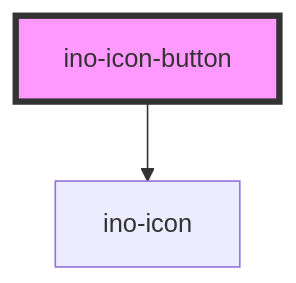
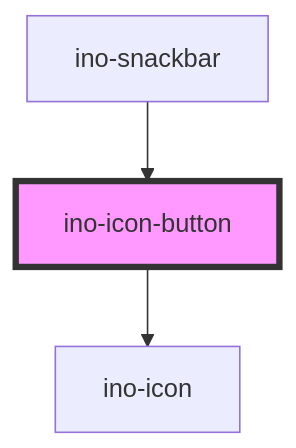
The diagram in packages/elements/src/components/ino-icon-button/readme.md (inovex/elements), drawn with Mermaid before and after one commit. The commit also changed other lines of this file and 7 other files, not shown here.

Commit message:
refactor(elements): customize snackbar styling and add close button

````diff
--- a/packages/elements/src/components/ino-icon-button/readme.md
+++ b/packages/elements/src/components/ino-icon-button/readme.md
@@ -100,5 +104,6 @@
 ```mermaid
 graph TD;
   ino-icon-button --> ino-icon
+  ino-snackbar --> ino-icon-button
   style ino-icon-button fill:#f9f,stroke:#333,stroke-width:4px
 ```
````
